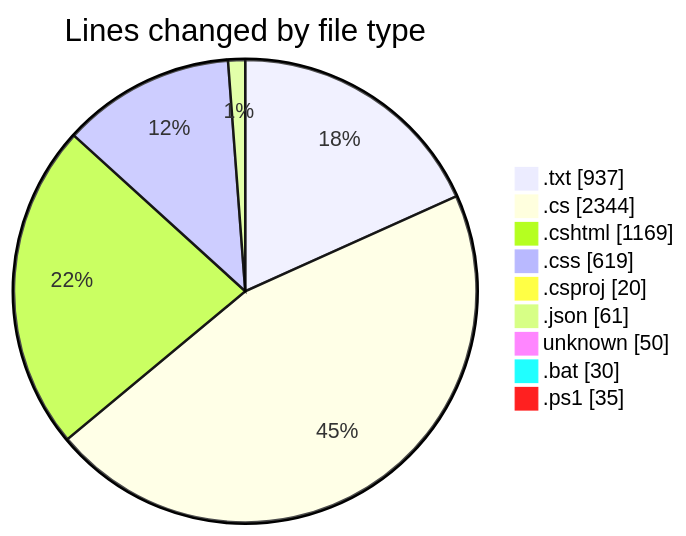
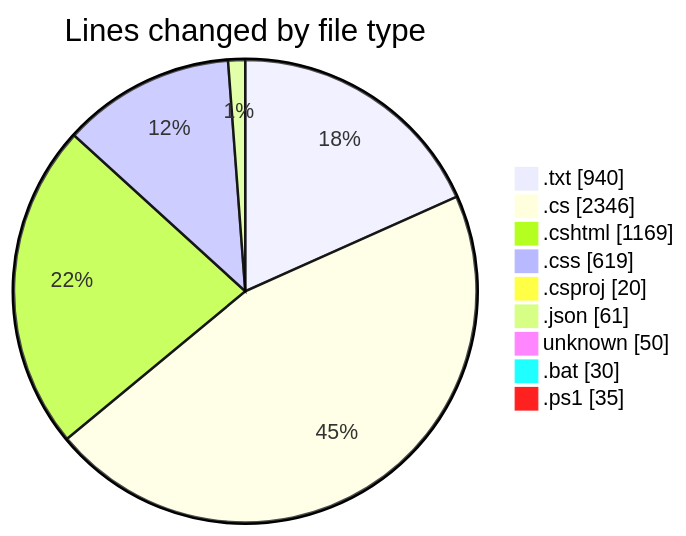
One commit to lephambinh05/code-tracking changed the first of 2 diagrams in 2025-07-26/quanlyrapchieuphim-1/README.md. Above: the diagram before and after it, drawn with Mermaid. The commit also changed other lines of this file and 1 other file, not shown here.

````diff
--- a/2025-07-26/quanlyrapchieuphim-1/README.md
+++ b/2025-07-26/quanlyrapchieuphim-1/README.md
@@ -37,13 +37,13 @@
 ```mermaid
 pie showData
 title Lines changed by file type
-".txt" : 937
-".cs" : 2344
+".txt" : 940
+".cs" : 2346
 ".cshtml" : 1169
 ".css" : 619
 ".csproj" : 20
 ".json" : 61
 "unknown" : 50
 ".bat" : 30
 ".ps1" : 35
 ```
````
